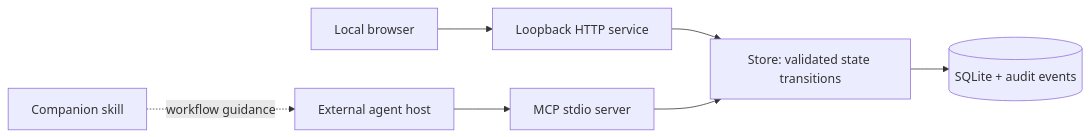
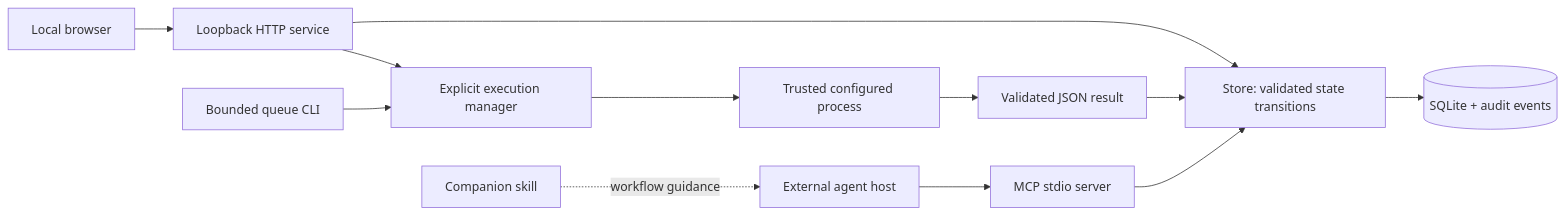
The diagram in docs/ARCHITECTURE.md (VC-Anvil/agentrelay), drawn with Mermaid before and after one commit. The commit also changed other lines of this file and 33 other files, not shown here.

Commit message:
Add explicit agent execution, priority dispatch and durable run history

````diff
--- a/docs/ARCHITECTURE.md
+++ b/docs/ARCHITECTURE.md
@@ -3,9 +3,14 @@
 ```mermaid
 flowchart LR
   Human[Local browser] --> HTTP[Loopback HTTP service]
   Agent[External agent host] --> MCP[MCP stdio server]
   HTTP --> Domain[Store: validated state transitions]
+  HTTP --> Runner[Explicit execution manager]
+  CLI[Bounded queue CLI] --> Runner
+  Runner --> Worker[Trusted configured process]
+  Worker --> Result[Validated JSON result]
+  Result --> Domain
   MCP --> Domain
   Domain --> SQLite[(SQLite + audit events)]
   Skill[Companion skill] -. workflow guidance .-> Agent
 ```
````
